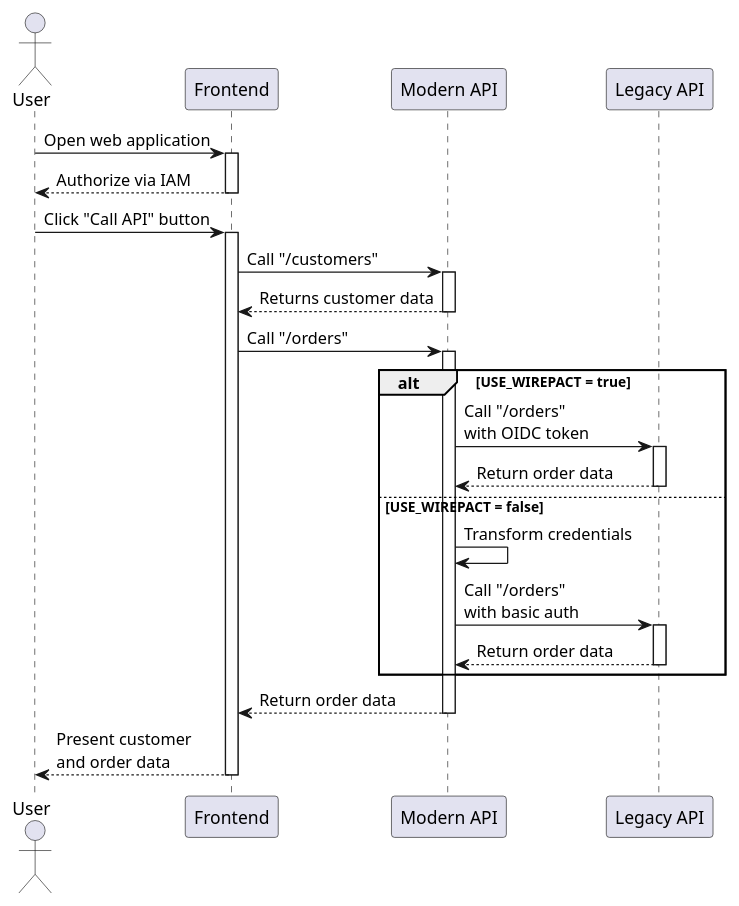
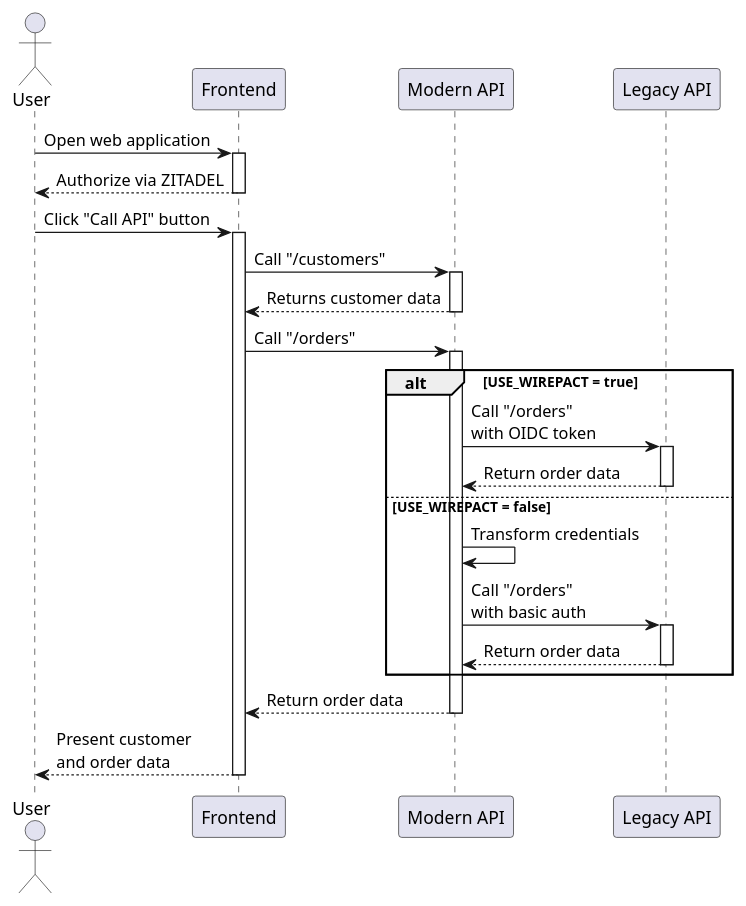
Before and after one commit to buehler/mse-project-thesis-1: the diagram in diagrams/sequences/showcase-app-calls.puml, drawn with PlantUML. The commit also changed 11 other files, not shown here.

```diff
--- a/diagrams/sequences/showcase-app-calls.puml
+++ b/diagrams/sequences/showcase-app-calls.puml
@@ -1,36 +1,36 @@
 @startuml
 skinparam backgroundcolor transparent
 
 actor User as u
 participant Frontend as fe
 participant "Modern API" as m
 participant "Legacy API" as l
 
 u -> fe : Open web application
 activate fe
-return Authorize via IAM
+return Authorize via ZITADEL
 
 u -> fe : Click "Call API" button
 activate fe
     fe -> m : Call "/customers"
     activate m
     return Returns customer data
     
     fe -> m : Call "/orders"
     activate m
 
     alt USE_WIREPACT = true
         m -> l : Call "/orders"\nwith OIDC token
         activate l
         return Return order data
     else USE_WIREPACT = false
         m -> m : Transform credentials
         m -> l : Call "/orders"\nwith basic auth
         activate l
         return Return order data
     end
 
     return Return order data
 return Present customer\nand order data
 
 @enduml
```
